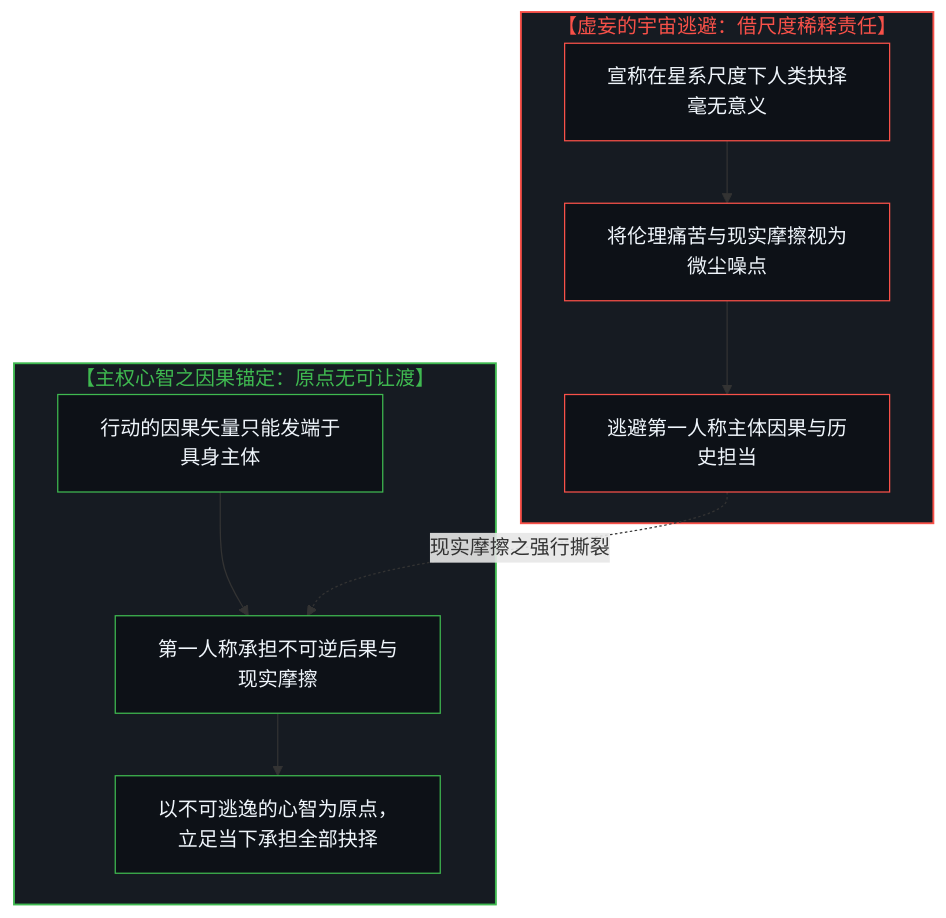
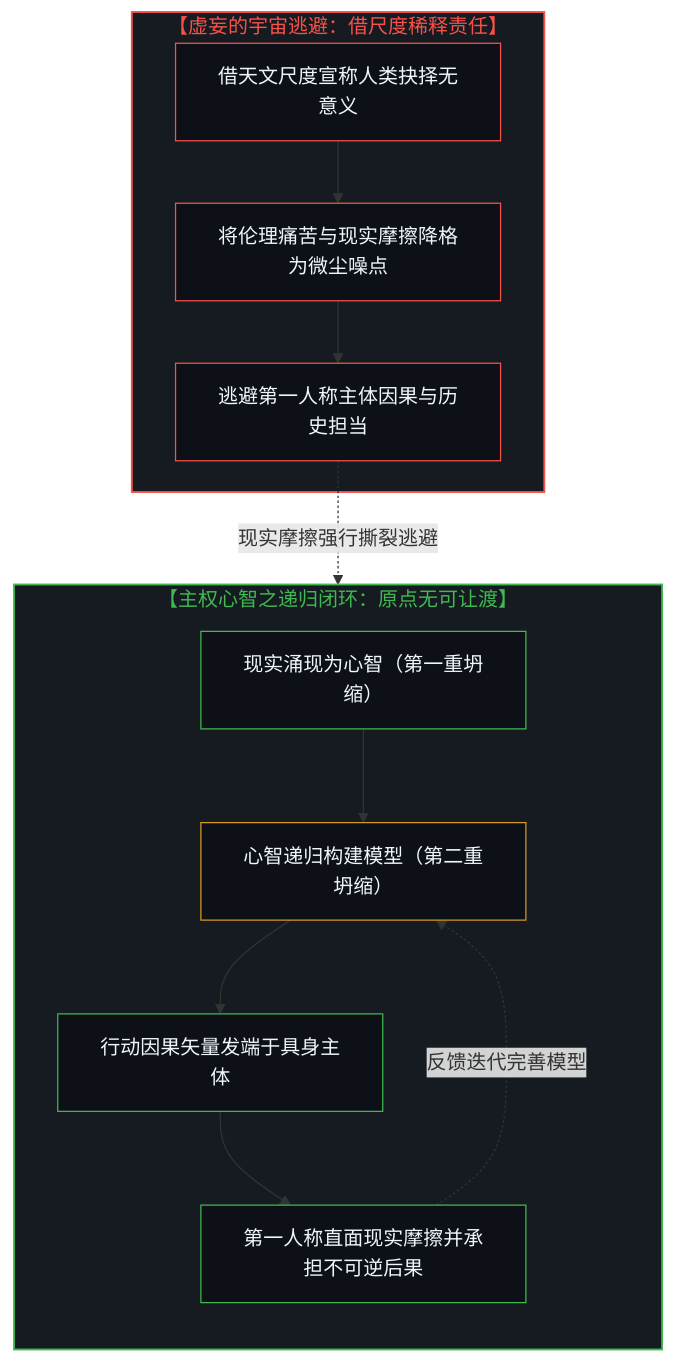
The seventh of 8 diagrams in content/posts/one-cannot-escape-ones-own-mind.md (powerpig99/not-a-toe), drawn with Mermaid before and after one commit. The commit also changed other lines of this file and 2 other files, not shown here.

````diff
--- a/content/posts/one-cannot-escape-ones-own-mind.md
+++ b/content/posts/one-cannot-escape-ones-own-mind.md
@@ -209,23 +243,27 @@
 ```mermaid
 flowchart TD
-    subgraph S_EscapeEvasion ["【虚妄的宇宙逃避：借尺度稀释责任】"]
-        E1["宣称在星系尺度下人类抉择毫无意义"] --> E2["将伦理痛苦与现实摩擦视为微尘噪点"]
-        E2 --> E3["逃避第一人称主体因果与历史担当"]
+    subgraph S_RecursiveReality ["【主权心智之递归闭环：原点无可让渡】"]
+        direction TB
+        RL1["现实涌现为心智（第一重坍缩）"] --> RL2["心智递归构建模型（第二重坍缩）"]
+        RL2 --> RL3["行动因果矢量发端于具身主体"]
+        RL3 --> RL4["第一人称直面现实摩擦并承担不可逆后果"]
+        RL4 -.->|"反馈迭代完善模型"| RL2
     end
 
-    subgraph S_LivingRealism ["【主权心智之因果锚定：原点无可让渡】"]
-        R1["行动的因果矢量只能发端于具身主体"] --> R2["第一人称承担不可逆后果与现实摩擦"]
-        R2 --> R3["以不可逃逸的心智为原点，立足当下承担全部抉择"]
+    subgraph S_NihilisticEvasion ["【虚妄的宇宙逃避：借尺度稀释责任】"]
+        NE1["借天文尺度宣称人类抉择无意义"] --> NE2["将伦理痛苦与现实摩擦降格为微尘噪点"]
+        NE2 --> NE3["逃避第一人称主体因果与历史担当"]
     end
 
-    E3 -.->|"现实摩擦之强行撕裂"| R2
+    NE3 -.->|"现实摩擦强行撕裂逃避"| RL4
 
-    style S_EscapeEvasion fill:#161b22,stroke:#f85149,stroke-width:1.5px,color:#f85149
-    style S_LivingRealism fill:#161b22,stroke:#3fb950,stroke-width:1.5px,color:#3fb950
-    style E1 fill:#0d1117,stroke:#f85149,stroke-width:1px,color:#f0f6fc
-    style E2 fill:#0d1117,stroke:#f85149,stroke-width:1px,color:#f0f6fc
-    style E3 fill:#0d1117,stroke:#f85149,stroke-width:1px,color:#f0f6fc
-    style R1 fill:#0d1117,stroke:#3fb950,stroke-width:1px,color:#f0f6fc
-    style R2 fill:#0d1117,stroke:#3fb950,stroke-width:1px,color:#f0f6fc
-    style R3 fill:#0d1117,stroke:#3fb950,stroke-width:1px,color:#f0f6fc
+    style S_RecursiveReality fill:#161b22,stroke:#3fb950,stroke-width:1.5px,color:#3fb950
+    style S_NihilisticEvasion fill:#161b22,stroke:#f85149,stroke-width:1.5px,color:#f85149
+    style RL1 fill:#0d1117,stroke:#3fb950,stroke-width:1px,color:#f0f6fc
+    style RL2 fill:#0d1117,stroke:#d29922,stroke-width:1px,color:#f0f6fc
+    style RL3 fill:#0d1117,stroke:#3fb950,stroke-width:1px,color:#f0f6fc
+    style RL4 fill:#0d1117,stroke:#3fb950,stroke-width:1px,color:#f0f6fc
+    style NE1 fill:#0d1117,stroke:#f85149,stroke-width:1px,color:#f0f6fc
+    style NE2 fill:#0d1117,stroke:#f85149,stroke-width:1px,color:#f0f6fc
+    style NE3 fill:#0d1117,stroke:#f85149,stroke-width:1px,color:#f0f6fc
 ```
````
